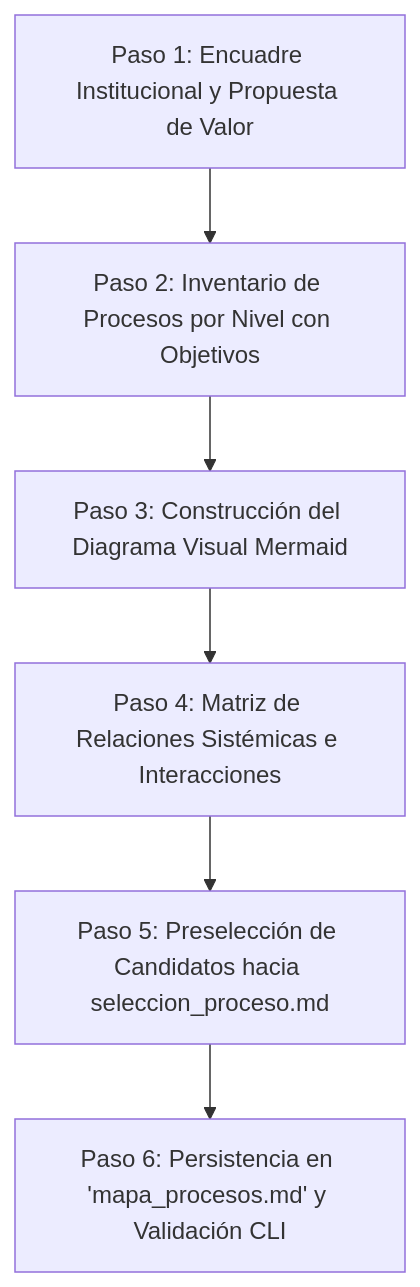
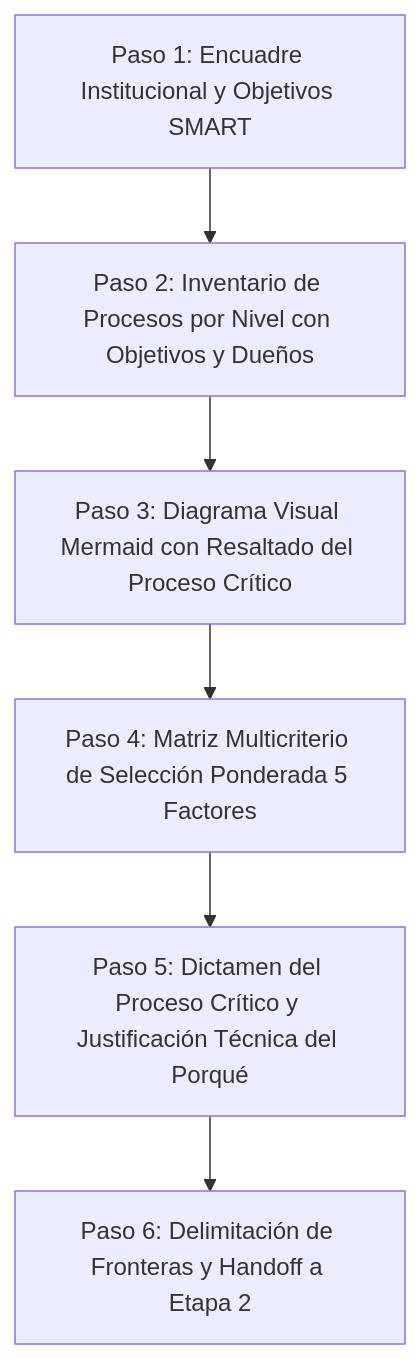
Before and after one commit to MartinG94/skills: the first of 2 diagrams in processMap/SKILL.md, drawn with Mermaid. The commit also changed other lines of this file and 17 other files, not shown here.

Commit message:
feat(gmp): consolidar processCriticalSelector en processMap con seleccion ponderada y justificacion del por que

````diff
--- a/processMap/SKILL.md
+++ b/processMap/SKILL.md
@@ -65,8 +87,8 @@
 ```mermaid
 flowchart TD
-    A[Paso 1: Encuadre Institucional y Propuesta de Valor] --> B[Paso 2: Inventario de Procesos por Nivel con Objetivos]
-    B --> C[Paso 3: Construcción del Diagrama Visual Mermaid]
-    C --> D[Paso 4: Matriz de Relaciones Sistémicas e Interacciones]
-    D --> E[Paso 5: Preselección de Candidatos hacia seleccion_proceso.md]
-    E --> F[Paso 6: Persistencia en 'mapa_procesos.md' y Validación CLI]
+    A[Paso 1: Encuadre Institucional y Objetivos SMART] --> B[Paso 2: Inventario de Procesos por Nivel con Objetivos y Dueños]
+    B --> C[Paso 3: Diagrama Visual Mermaid con Resaltado del Proceso Crítico]
+    C --> D[Paso 4: Matriz Multicriterio de Selección Ponderada 5 Factores]
+    D --> E[Paso 5: Dictamen del Proceso Crítico y Justificación Técnica del Porqué]
+    E --> F[Paso 6: Delimitación de Fronteras y Handoff a Etapa 2]
 ```
````
